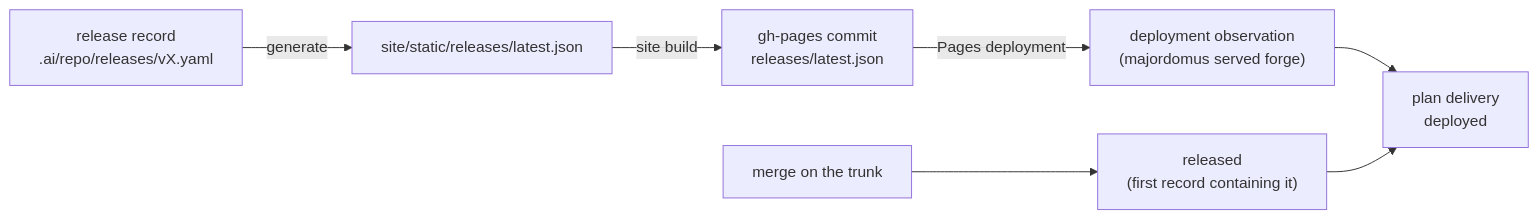
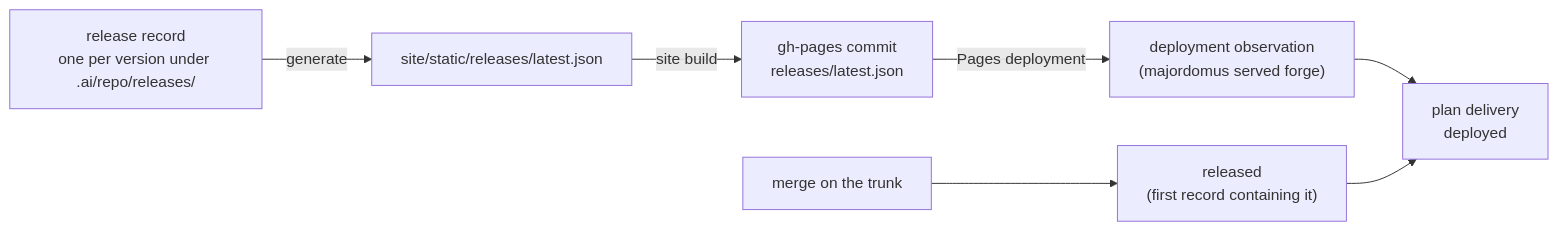
The second of 2 diagrams in docs/PLANNING.md (korczis/prismatic-majordomus), drawn with Mermaid before and after one commit. The commit also changed 10 other files, not shown here.

First line of the commit message:
docs(planning): the release-record node names the directory, not a placeholder file (I4315)

````diff
--- a/docs/PLANNING.md
+++ b/docs/PLANNING.md
@@ -490,9 +490,9 @@
 ```mermaid
 flowchart LR
-  R["release record<br/>.ai/repo/releases/vX.yaml"] -->|generate| S["site/static/releases/latest.json"]
+  R["release record<br/>one per version under .ai/repo/releases/"] -->|generate| S["site/static/releases/latest.json"]
   S -->|site build| P["gh-pages commit<br/>releases/latest.json"]
   P -->|Pages deployment| O["deployment observation<br/>(majordomus served forge)"]
   O --> D["plan delivery<br/>deployed"]
   M["merge on the trunk"] --> L["released<br/>(first record containing it)"]
   L --> D
 ```
````
